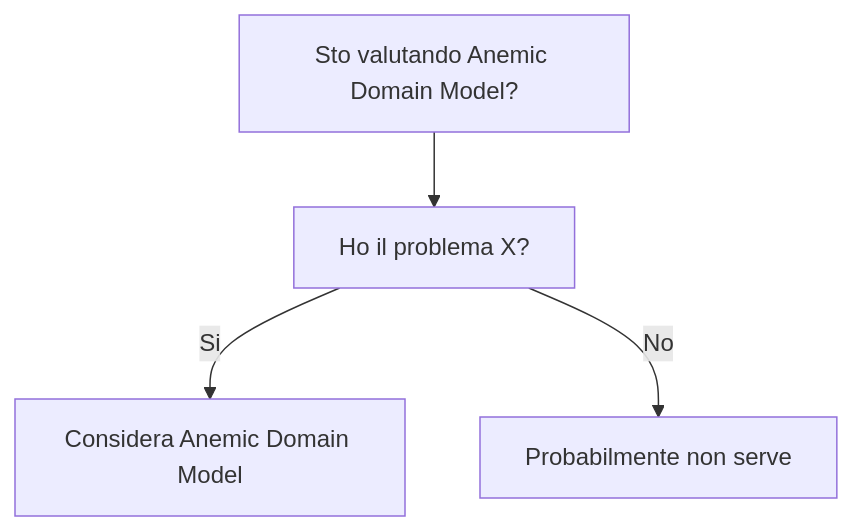
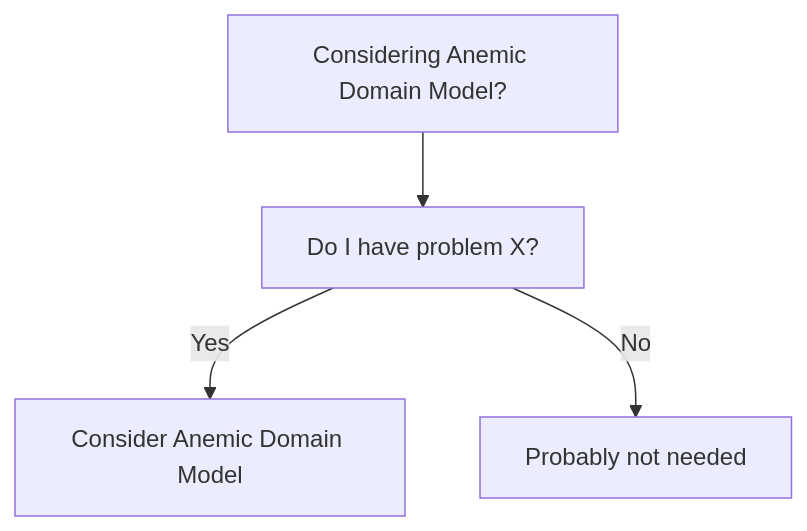
Before and after one commit to HxT9/Software-Dev-Wiki: the diagram in dev-wiki/16_AntiPatterns/Anemic_Domain_Model/When_To_Use.md, drawn with Mermaid. The commit also changed other lines of this file and 3444 other files, not shown here.

````diff
--- a/dev-wiki/16_AntiPatterns/Anemic_Domain_Model/When_To_Use.md
+++ b/dev-wiki/16_AntiPatterns/Anemic_Domain_Model/When_To_Use.md
@@ -19,6 +19,6 @@
 ```mermaid
 flowchart TD
-  Q[Sto valutando Anemic Domain Model?] --> Q1[Ho il problema X?]
-  Q1 -->|Si| OK[Considera Anemic Domain Model]
-  Q1 -->|No| NO[Probabilmente non serve]
+  Q[Considering Anemic Domain Model?] --> Q1[Do I have problem X?]
+  Q1 -->|Yes| OK[Consider Anemic Domain Model]
+  Q1 -->|No| NO[Probably not needed]
 ```
````
